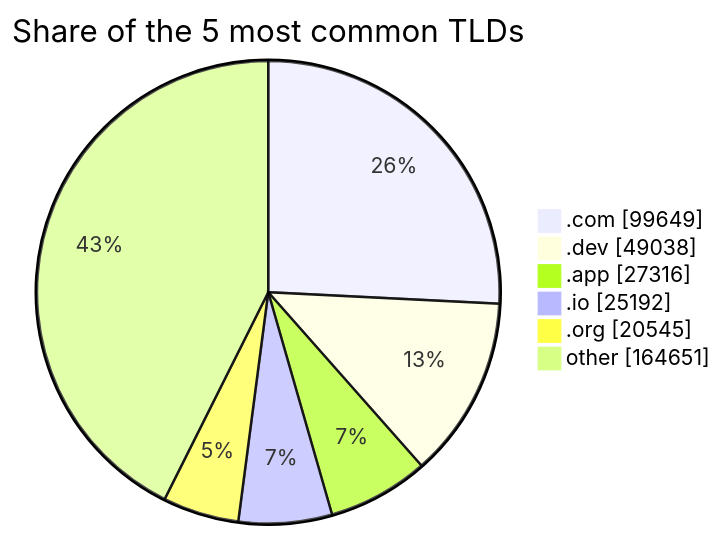
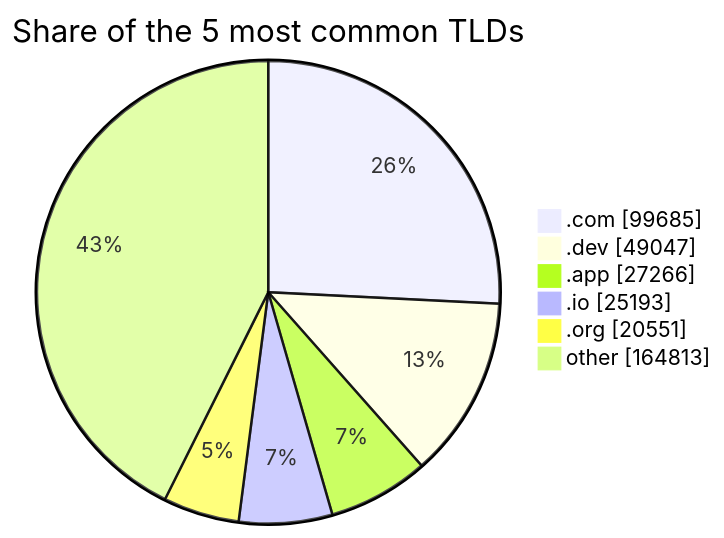
The third of 3 diagrams in README.md (DNSBunker/CTI), drawn with Mermaid before and after one commit. The commit also changed other lines of this file and 3 other files, not shown here.

````diff
--- a/README.md
+++ b/README.md
@@ -81,9 +81,9 @@
 ```mermaid
 pie showData title Share of the 5 most common TLDs
-    ".com" : 99649
-    ".dev" : 49038
-    ".app" : 27316
-    ".io" : 25192
-    ".org" : 20545
-    "other" : 164651
+    ".com" : 99685
+    ".dev" : 49047
+    ".app" : 27266
+    ".io" : 25193
+    ".org" : 20551
+    "other" : 164813
 ```
````
